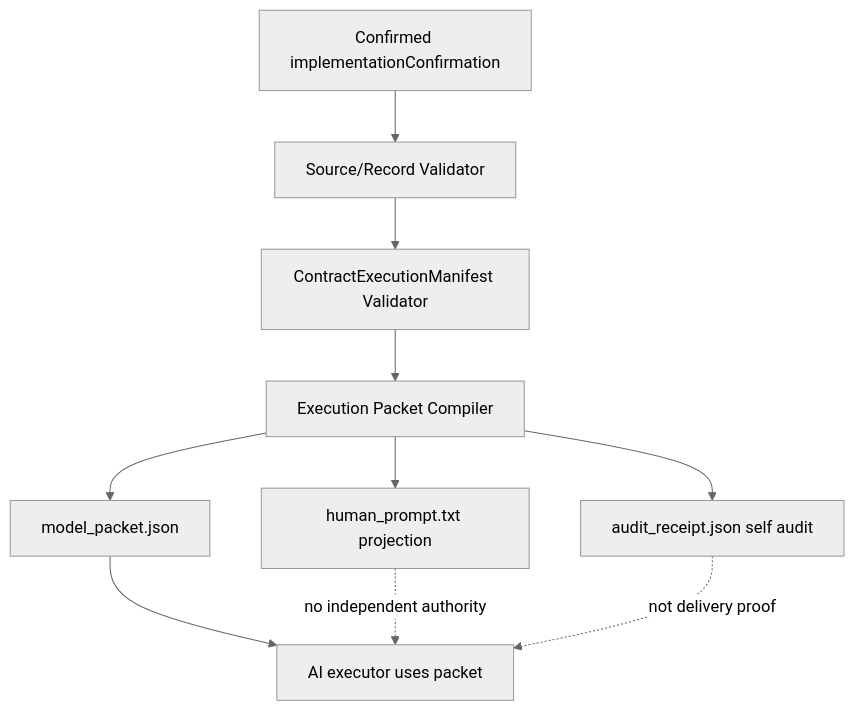
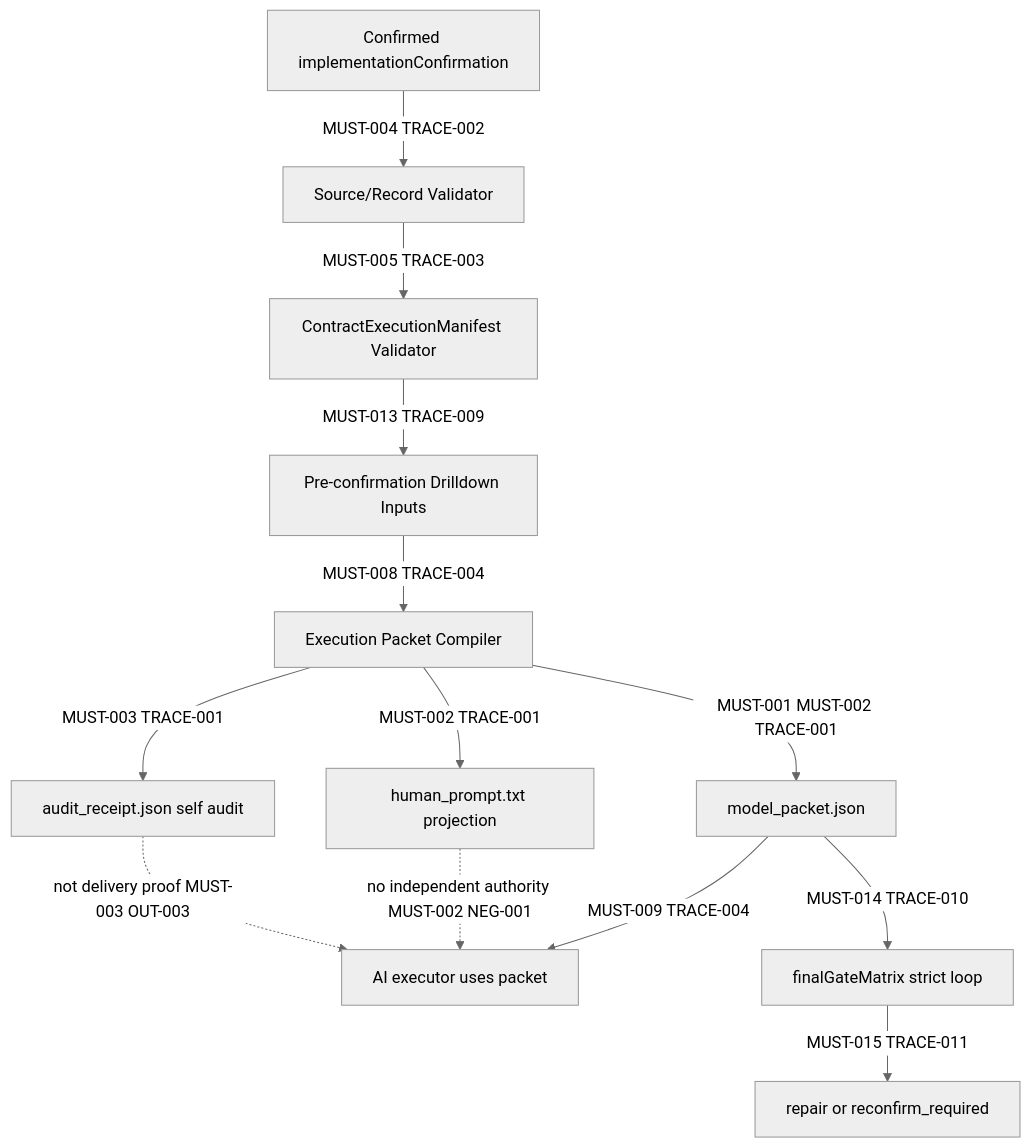
One commit to milome/BMAD-Speckit-SDD-Flow changed the first of 3 diagrams in docs/requirements/2026-05-25-req-trace-matrix-ai-tdd-execution-packet-compiler.md. Above: the diagram before and after it, drawn with Mermaid (neutral theme). The commit also changed other lines of this file and 47 other files, not shown here.

````diff
--- a/docs/requirements/2026-05-25-req-trace-matrix-ai-tdd-execution-packet-compiler.md
+++ b/docs/requirements/2026-05-25-req-trace-matrix-ai-tdd-execution-packet-compiler.md
@@ -78,12 +91,15 @@
 ```mermaid
 flowchart TD
-  A[Confirmed implementationConfirmation] --> B[Source/Record Validator]
-  B --> C[ContractExecutionManifest Validator]
-  C --> D[Execution Packet Compiler]
-  D --> E[model_packet.json]
-  D --> F[human_prompt.txt projection]
-  D --> G[audit_receipt.json self audit]
-  E --> H[AI executor uses packet]
-  F -. no independent authority .-> H
-  G -. not delivery proof .-> H
+  A[Confirmed implementationConfirmation] -->|MUST-004 TRACE-002| B[Source/Record Validator]
+  B -->|MUST-005 TRACE-003| C[ContractExecutionManifest Validator]
+  C -->|MUST-013 TRACE-009| P[Pre-confirmation Drilldown Inputs]
+  P -->|MUST-008 TRACE-004| D[Execution Packet Compiler]
+  D -->|MUST-001 MUST-002 TRACE-001| E[model_packet.json]
+  D -->|MUST-002 TRACE-001| F[human_prompt.txt projection]
+  D -->|MUST-003 TRACE-001| G[audit_receipt.json self audit]
+  E -->|MUST-009 TRACE-004| H[AI executor uses packet]
+  E -->|MUST-014 TRACE-010| I[finalGateMatrix strict loop]
+  I -->|MUST-015 TRACE-011| J[repair or reconfirm_required]
+  F -. no independent authority MUST-002 NEG-001 .-> H
+  G -. not delivery proof MUST-003 OUT-003 .-> H
 ```
````
